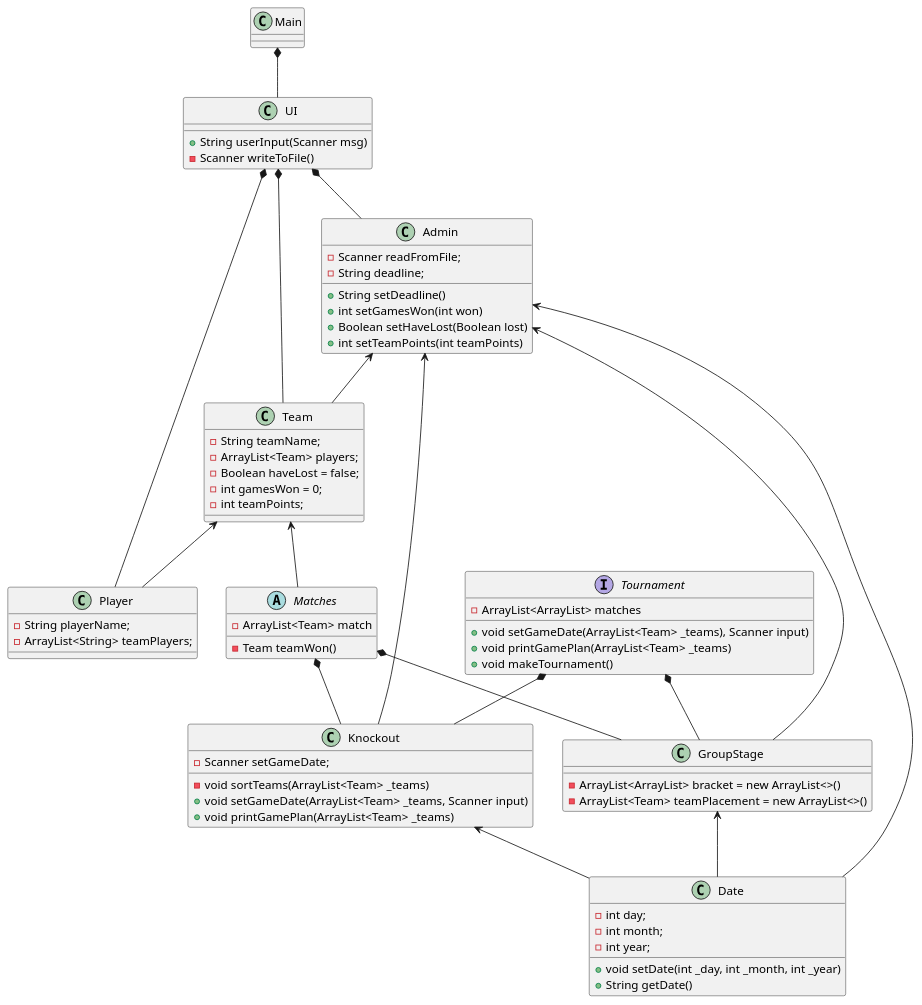
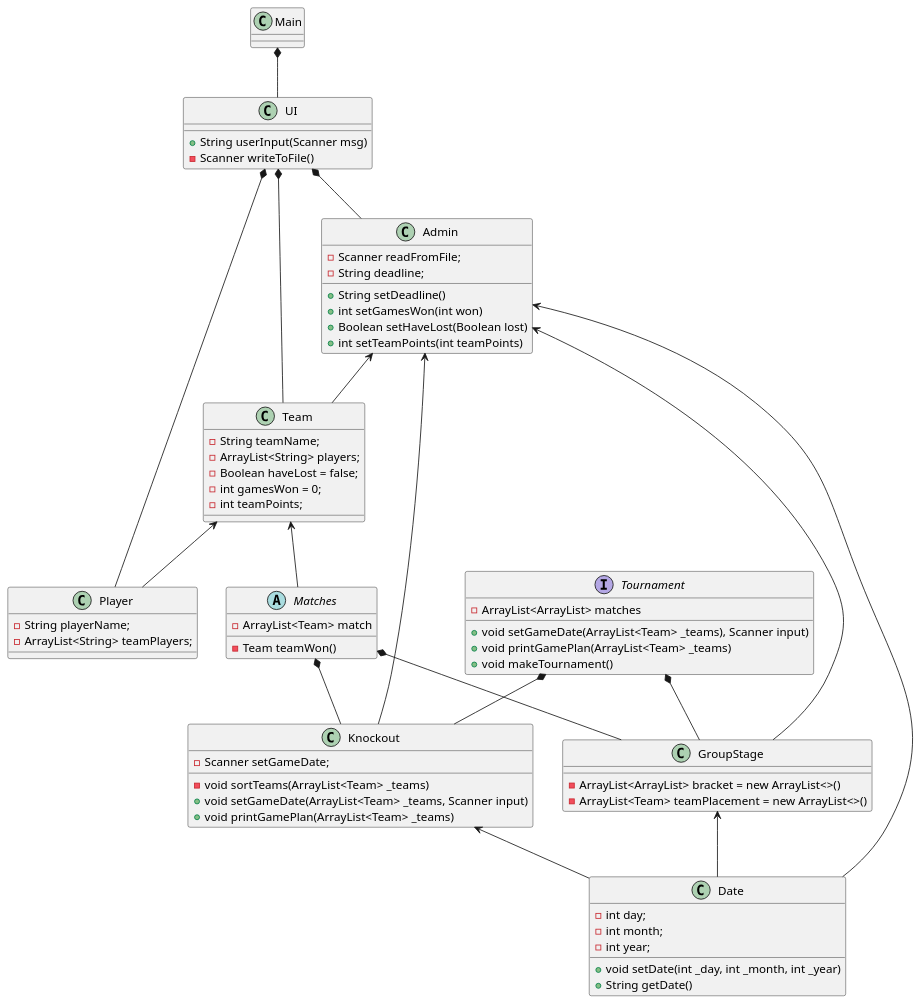
One commit to EmmsDK/Gruppe-4 changed the diagram in SP3/Class Diagram.puml. Above: the diagram before and after it, drawn with PlantUML. The commit also changed 8 other files, not shown here.

```diff
--- a/SP3/Class Diagram.puml
+++ b/SP3/Class Diagram.puml
@@ -1,87 +1,87 @@
 @startuml
 class Main{}
 
 Main *-- UI
 
 class UI{
     + String userInput(Scanner msg)
     - Scanner writeToFile()
 }
 
 UI *-- Player
 UI *-- Team
 UI *-- Admin
 class Player{
     - String playerName;
     - ArrayList<String> teamPlayers;
 }
 
 class Team{
     - String teamName;
-    - ArrayList<Team> players;
+    - ArrayList<String> players;
     - Boolean haveLost = false;
     - int gamesWon = 0;
     - int teamPoints;
 }
 
 class Admin{
     - Scanner readFromFile;
     - String deadline;
     + String setDeadline()
     + int setGamesWon(int won)
     + Boolean setHaveLost(Boolean lost)
     + int setTeamPoints(int teamPoints)
 }
 
 class Date{
     - int day;
     - int month;
     - int year;
     + void setDate(int _day, int _month, int _year)
     + String getDate()
 }
 
 class Knockout{
     - Scanner setGameDate;
     - void sortTeams(ArrayList<Team> _teams)
     + void setGameDate(ArrayList<Team> _teams, Scanner input)
     + void printGamePlan(ArrayList<Team> _teams)
 }
 
 class GroupStage{
     - ArrayList<ArrayList> bracket = new ArrayList<>()
     - ArrayList<Team> teamPlacement = new ArrayList<>()
 }
 
 Interface Tournament{
     - ArrayList<ArrayList> matches
     + void setGameDate(ArrayList<Team> _teams), Scanner input)
     + void printGamePlan(ArrayList<Team> _teams)
     + void makeTournament()
 }
 
 Abstract Matches{
     - ArrayList<Team> match
     - Team teamWon()
 }
 
 
 
 Team <-- Player
 Team <-- Matches
 
 Admin <-- Knockout
 Admin <-- GroupStage
 Admin <-- Date
 Admin <-- Team
 
 Matches *-- GroupStage
 Matches *-- Knockout
 
 Tournament *-- Knockout
 Tournament *-- GroupStage
 Knockout <-- Date
 GroupStage <-- Date
 
 
 @enduml
```
